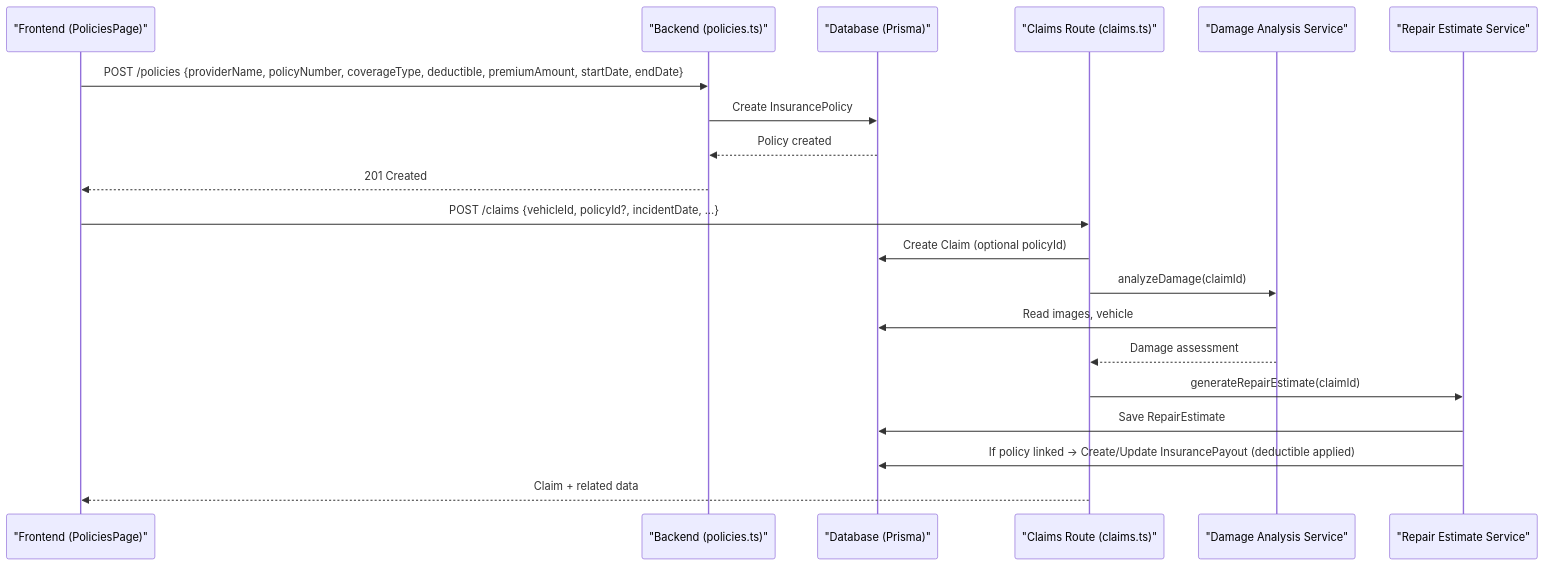
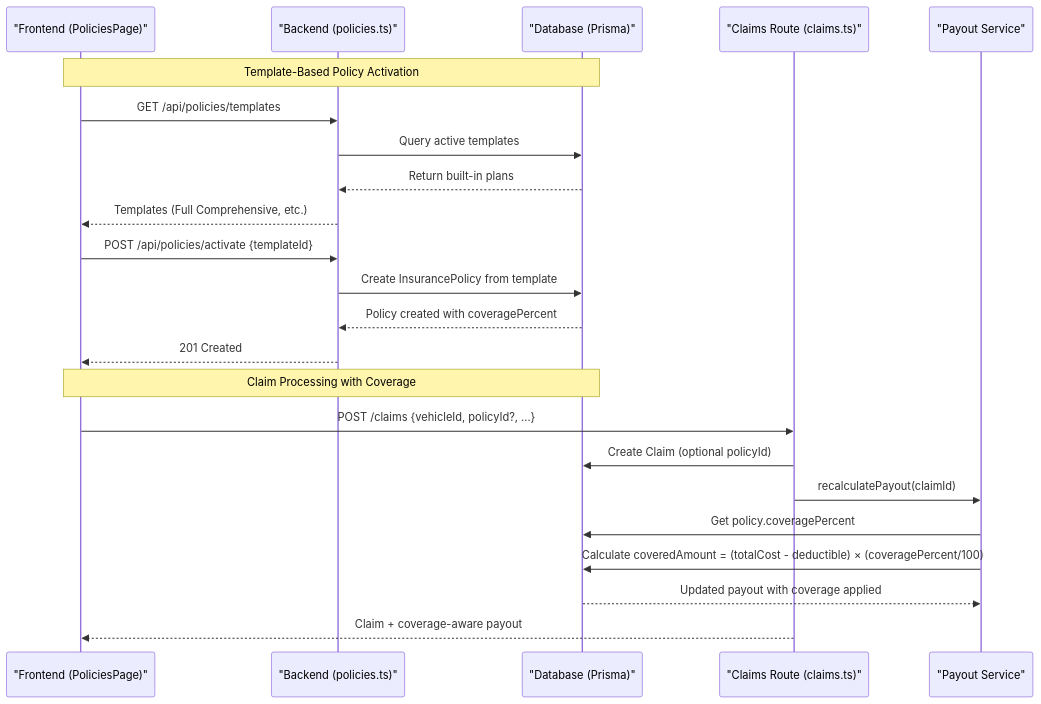
Before and after one commit to NaveenHiranya/Smart-Vehicle-Insurance-Claim-System: the second of 8 diagrams in .qoder/repowiki/en/content/Business Logic Layer/Policy Management System.md, drawn with Mermaid. The commit also changed other lines of this file and 38 other files, not shown here.

````diff
--- a/.qoder/repowiki/en/content/Business Logic Layer/Policy Management System.md
+++ b/.qoder/repowiki/en/content/Business Logic Layer/Policy Management System.md
@@ -101,22 +130,25 @@
 ```mermaid
 sequenceDiagram
 participant UI as "Frontend (PoliciesPage)"
 participant API as "Backend (policies.ts)"
 participant DB as "Database (Prisma)"
 participant CL as "Claims Route (claims.ts)"
-participant DA as "Damage Analysis Service"
-participant RE as "Repair Estimate Service"
-UI->>API : POST /policies {providerName, policyNumber, coverageType, deductible, premiumAmount, startDate, endDate}
-API->>DB : Create InsurancePolicy
-DB-->>API : Policy created
+participant PS as "Payout Service"
+Note over UI,DB : Template-Based Policy Activation
+UI->>API : GET /api/policies/templates
+API->>DB : Query active templates
+DB-->>API : Return built-in plans
+API-->>UI : Templates (Full Comprehensive, etc.)
+UI->>API : POST /api/policies/activate {templateId}
+API->>DB : Create InsurancePolicy from template
+DB-->>API : Policy created with coveragePercent
 API-->>UI : 201 Created
-UI->>CL : POST /claims {vehicleId, policyId?, incidentDate, ...}
+Note over UI,DB : Claim Processing with Coverage
+UI->>CL : POST /claims {vehicleId, policyId?, ...}
 CL->>DB : Create Claim (optional policyId)
-CL->>DA : analyzeDamage(claimId)
-DA->>DB : Read images, vehicle
-DA-->>CL : Damage assessment
-CL->>RE : generateRepairEstimate(claimId)
-RE->>DB : Save RepairEstimate
-RE->>DB : If policy linked -> Create/Update InsurancePayout (deductible applied)
-CL-->>UI : Claim + related data
+CL->>PS : recalculatePayout(claimId)
+PS->>DB : Get policy.coveragePercent
+PS->>DB : Calculate coveredAmount = (totalCost - deductible) × (coveragePercent/100)
+DB-->>PS : Updated payout with coverage applied
+CL-->>UI : Claim + coverage-aware payout
 ```
````
